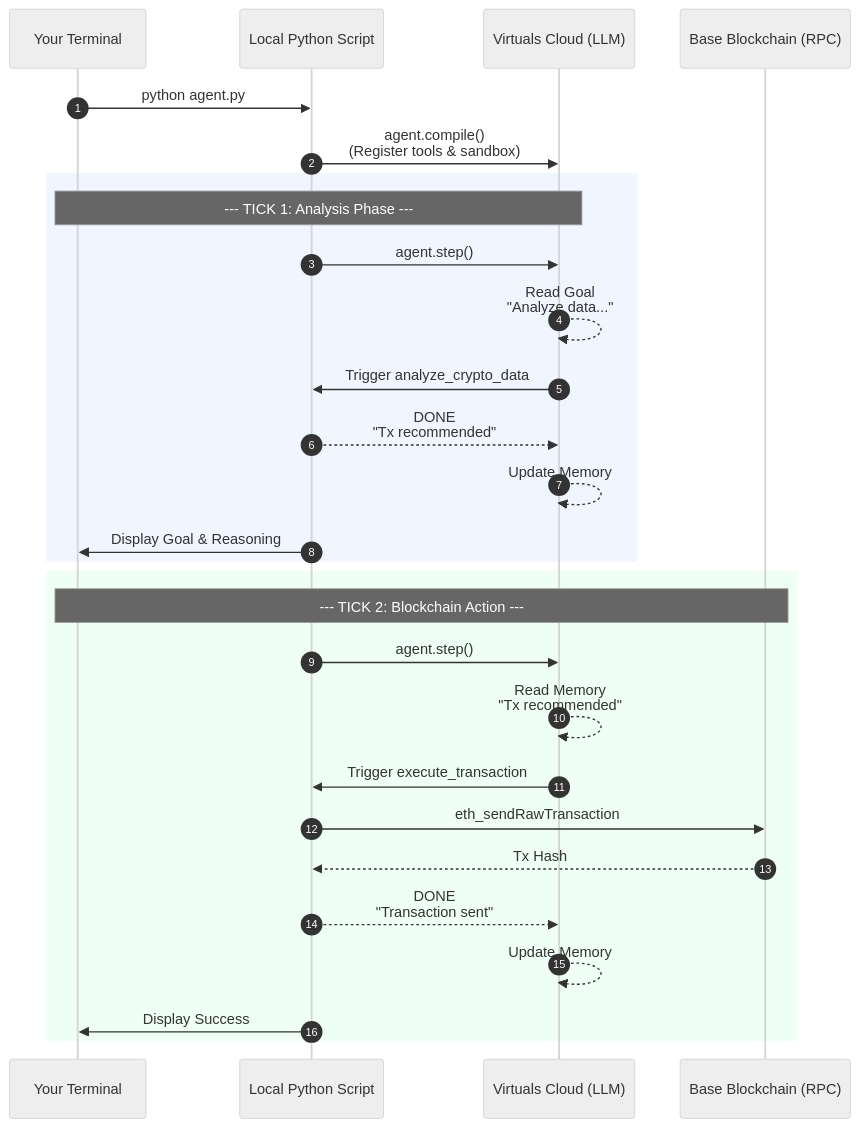
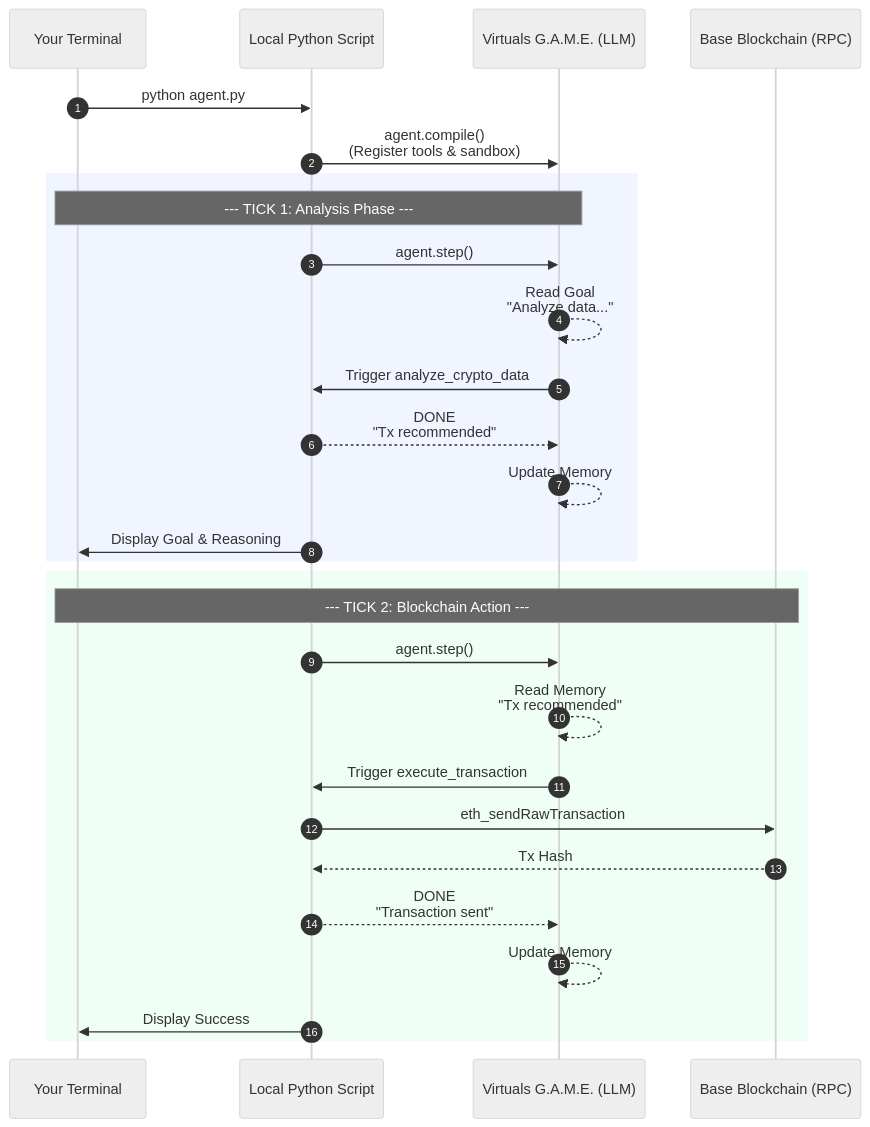
The second of 2 diagrams in README.md (kammer/hybrid-llm-a2a-node), drawn with Mermaid (neutral theme) before and after one commit. The commit also changed other lines of this file, not shown here.

````diff
--- a/README.md
+++ b/README.md
@@ -88,33 +70,33 @@
 ```mermaid
 sequenceDiagram
     autonumber
     participant Terminal as Your Terminal
     participant Python as Local Python Script
-    participant Cloud as Virtuals Cloud (LLM)
+    participant Cloud as Virtuals G.A.M.E. (LLM)
     participant Base as Base Blockchain (RPC)
 
     Terminal->>Python: python agent.py
     Python->>Cloud: agent.compile()<br>(Register tools & sandbox)
     
     rect rgb(240, 245, 255)
         Note over Terminal,Cloud: --- TICK 1: Analysis Phase ---
         Python->>Cloud: agent.step()
         Cloud-->>Cloud: Read Goal<br>"Analyze data..."
         Cloud->>Python: Trigger analyze_crypto_data
         Python-->>Cloud: DONE<br>"Tx recommended"
         Cloud-->>Cloud: Update Memory
         Python->>Terminal: Display Goal & Reasoning
     end
 
     rect rgb(240, 255, 245)
         Note over Terminal,Base: --- TICK 2: Blockchain Action ---
         Python->>Cloud: agent.step()
         Cloud-->>Cloud: Read Memory<br>"Tx recommended"
         Cloud->>Python: Trigger execute_transaction
         Python->>Base: eth_sendRawTransaction
         Base-->>Python: Tx Hash
         Python-->>Cloud: DONE<br>"Transaction sent"
         Cloud-->>Cloud: Update Memory
         Python->>Terminal: Display Success
     end
 ```
````
